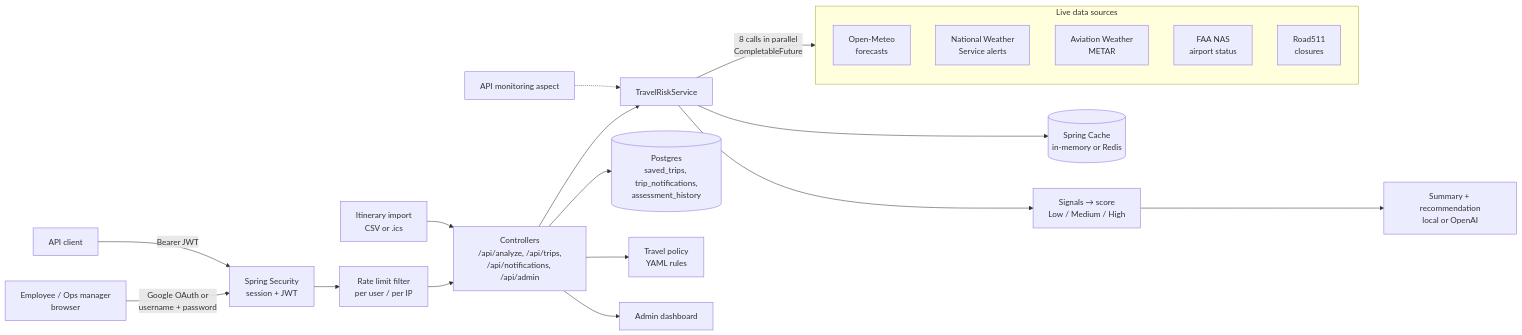
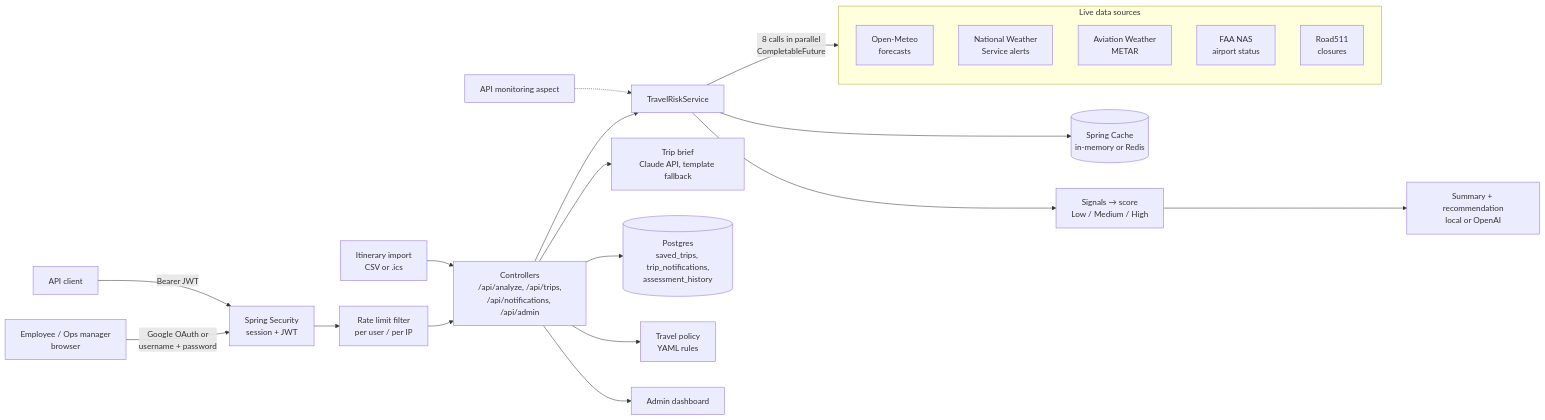
Before and after one commit to jordanamao/travel-risk-platform: the diagram in README.md, drawn with Mermaid. The commit also changed other lines of this file and 21 other files, not shown here.

First line of the commit message:
Add a Claude-written trip brief to each risk result

````diff
--- a/README.md
+++ b/README.md
@@ -51,24 +52,25 @@
 ```mermaid
 flowchart LR
     U[Employee / Ops manager<br/>browser] -->|Google OAuth or<br/>username + password| SEC[Spring Security<br/>session + JWT]
     API[API client] -->|Bearer JWT| SEC
     SEC --> RL[Rate limit filter<br/>per user / per IP]
     RL --> C[Controllers<br/>/api/analyze, /api/trips,<br/>/api/notifications, /api/admin]
     C --> TRS[TravelRiskService]
     TRS --> CACHE[(Spring Cache<br/>in-memory or Redis)]
     TRS -->|8 calls in parallel<br/>CompletableFuture| EXT
     subgraph EXT[Live data sources]
         OM[Open-Meteo<br/>forecasts]
         NWS[National Weather<br/>Service alerts]
         AWC[Aviation Weather<br/>METAR]
         FAA[FAA NAS<br/>airport status]
         R511[Road511<br/>closures]
     end
     TRS --> SCORE[Signals → score<br/>Low / Medium / High]
     SCORE --> SUM[Summary + recommendation<br/>local or OpenAI]
+    C --> BRIEF[Trip brief<br/>Claude API, template fallback]
     C --> DB[(Postgres<br/>saved_trips, trip_notifications,<br/>assessment_history)]
     MON[API monitoring aspect] -.-> TRS
     IMP[Itinerary import<br/>CSV or .ics] --> C
     C --> POL[Travel policy<br/>YAML rules]
     C --> ADMIN[Admin dashboard]
 ```
````
